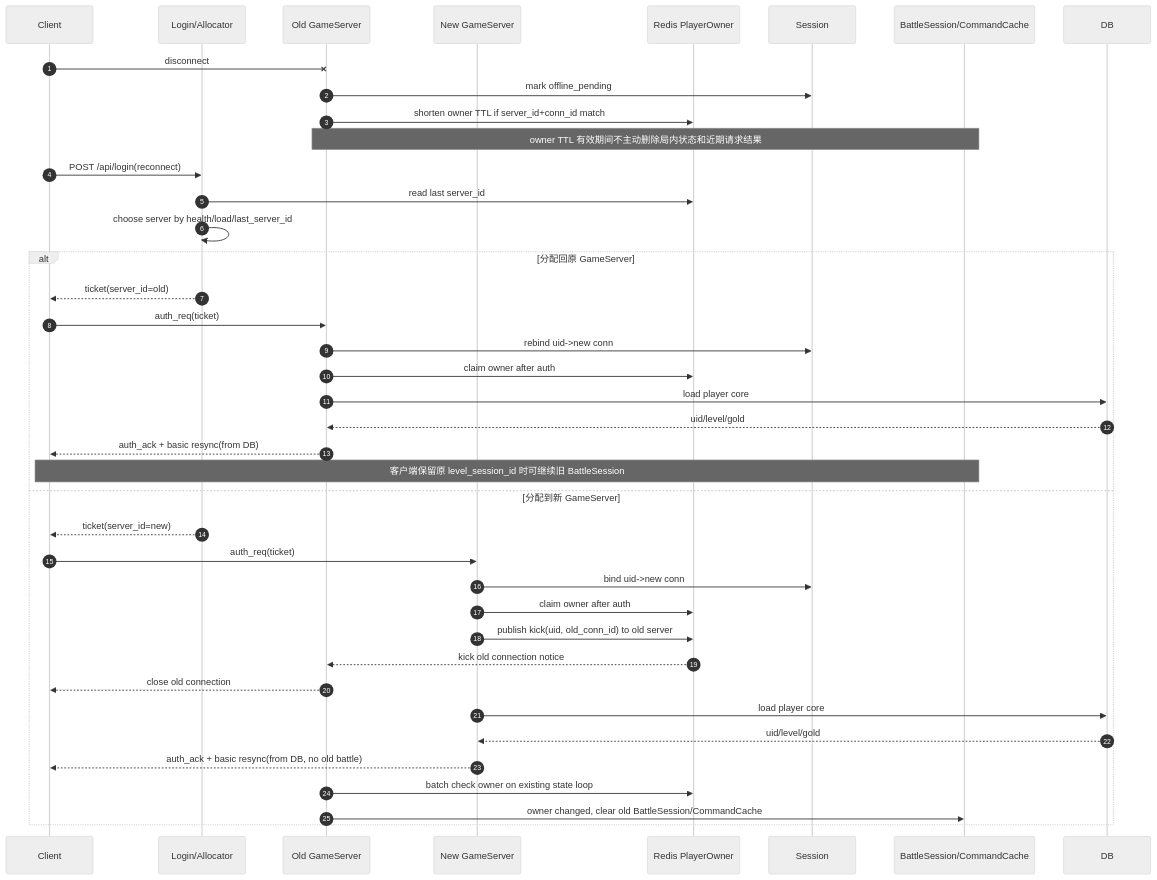
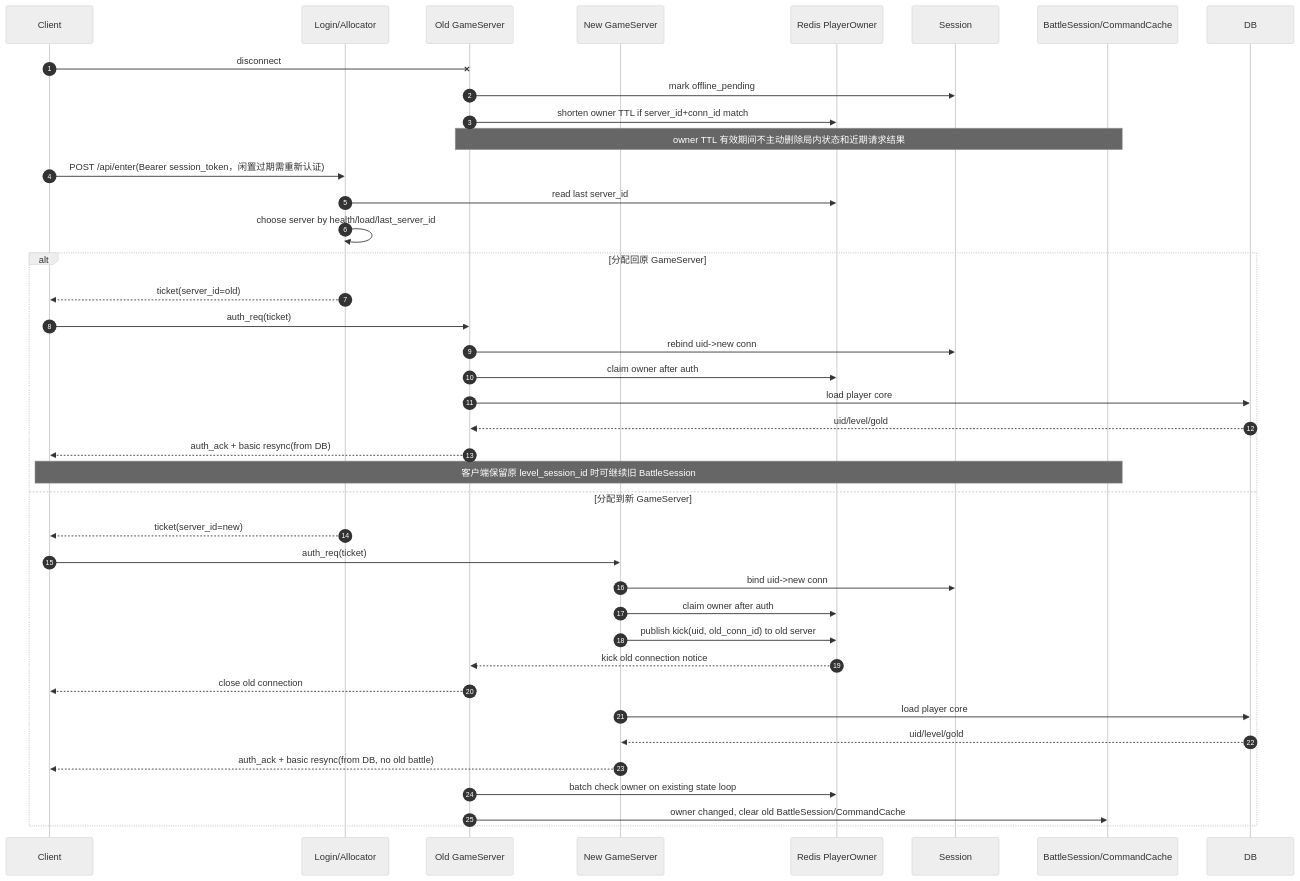
Before and after one commit to shaligg/cardgo-server: the fifth of 7 diagrams in backend_technical_architecture.md, drawn with Mermaid (neutral theme). The commit also changed other lines of this file and 44 other files, not shown here.

````diff
--- a/backend_technical_architecture.md
+++ b/backend_technical_architecture.md
@@ -2582,45 +2499,45 @@
 ```mermaid
 sequenceDiagram
     autonumber
     participant C as Client
     participant L as Login/Allocator
     participant OG as Old GameServer
     participant NG as New GameServer
     participant R as Redis PlayerOwner
     participant S as Session
     participant RT as BattleSession/CommandCache
     participant DB as DB
 
     C-xOG: disconnect
     OG->>S: mark offline_pending
     OG->>R: shorten owner TTL if server_id+conn_id match
     Note over OG,RT: owner TTL 有效期间不主动删除局内状态和近期请求结果
 
-    C->>L: POST /api/login(reconnect)
+    C->>L: POST /api/enter(Bearer session_token，闲置过期需重新认证)
     L->>R: read last server_id
     L->>L: choose server by health/load/last_server_id
 
     alt 分配回原 GameServer
         L-->>C: ticket(server_id=old)
         C->>OG: auth_req(ticket)
         OG->>S: rebind uid->new conn
         OG->>R: claim owner after auth
         OG->>DB: load player core
         DB-->>OG: uid/level/gold
         OG-->>C: auth_ack + basic resync(from DB)
         Note over C,RT: 客户端保留原 level_session_id 时可继续旧 BattleSession
     else 分配到新 GameServer
         L-->>C: ticket(server_id=new)
         C->>NG: auth_req(ticket)
         NG->>S: bind uid->new conn
         NG->>R: claim owner after auth
         NG->>R: publish kick(uid, old_conn_id) to old server
         R-->>OG: kick old connection notice
         OG-->>C: close old connection
         NG->>DB: load player core
         DB-->>NG: uid/level/gold
         NG-->>C: auth_ack + basic resync(from DB, no old battle)
         OG->>R: batch check owner on existing state loop
         OG->>RT: owner changed, clear old BattleSession/CommandCache
     end
 ```
````
